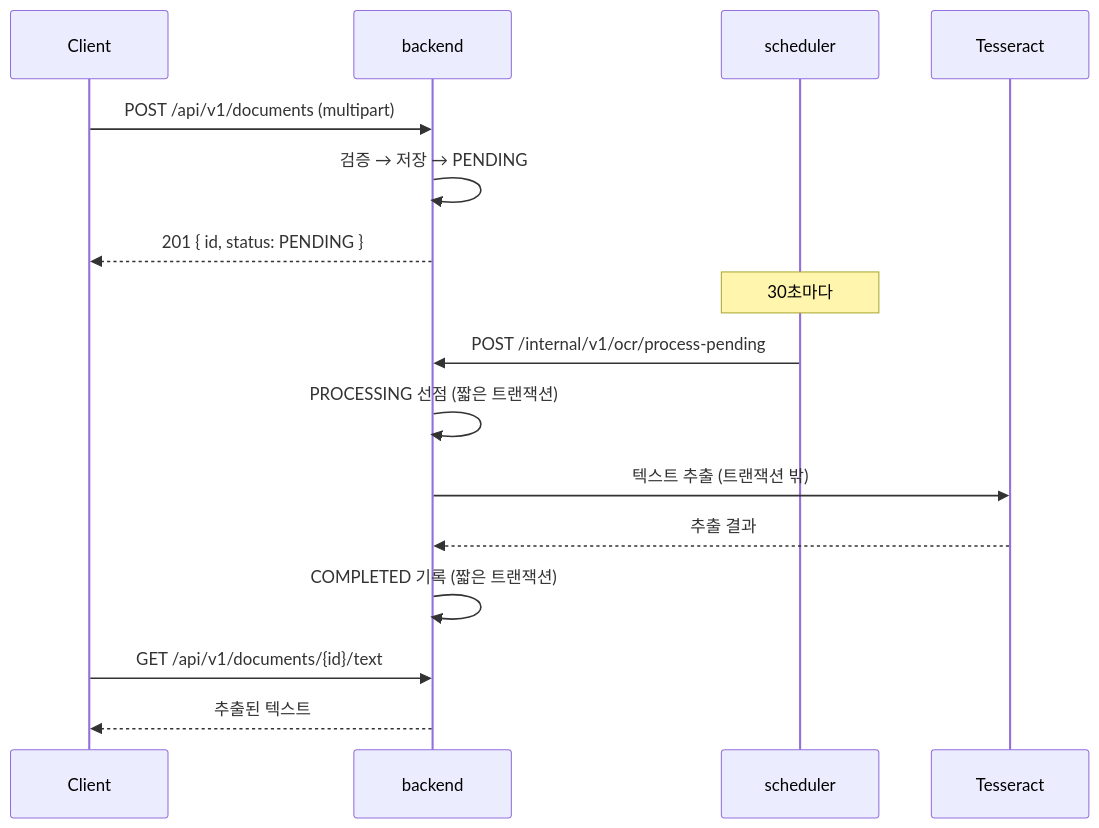
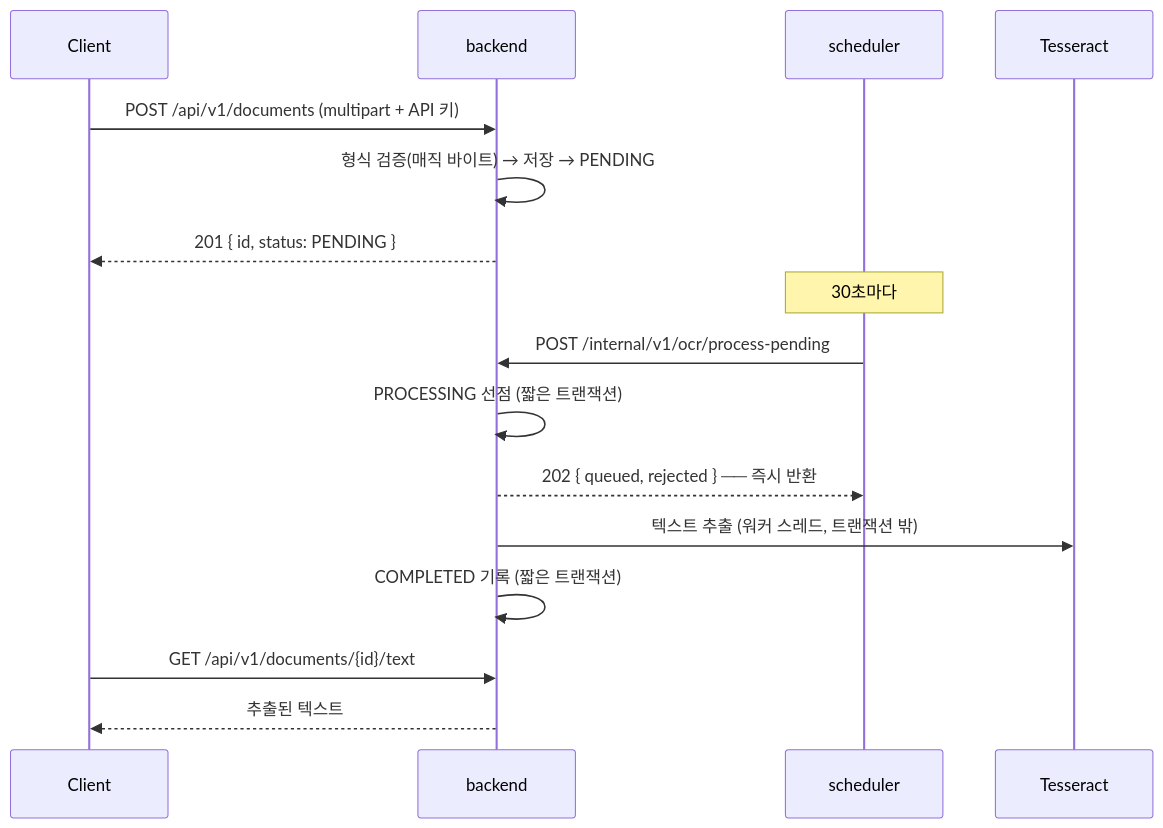
One commit to hyunolike/ai.ocr-automation.system changed the second of 2 diagrams in README.md. Above: the diagram before and after it, drawn with Mermaid. The commit also changed other lines of this file, not shown here.

````diff
--- a/README.md
+++ b/README.md
@@ -48,21 +81,21 @@
 ```mermaid
 sequenceDiagram
     participant C as Client
     participant BE as backend
     participant SCH as scheduler
     participant E as Tesseract
 
-    C->>BE: POST /api/v1/documents (multipart)
-    BE->>BE: 검증 → 저장 → PENDING
+    C->>BE: POST /api/v1/documents (multipart + API 키)
+    BE->>BE: 형식 검증(매직 바이트) → 저장 → PENDING
     BE-->>C: 201 { id, status: PENDING }
 
     Note over SCH: 30초마다
     SCH->>BE: POST /internal/v1/ocr/process-pending
     BE->>BE: PROCESSING 선점 (짧은 트랜잭션)
-    BE->>E: 텍스트 추출 (트랜잭션 밖)
-    E-->>BE: 추출 결과
+    BE-->>SCH: 202 { queued, rejected } ── 즉시 반환
+    BE->>E: 텍스트 추출 (워커 스레드, 트랜잭션 밖)
     BE->>BE: COMPLETED 기록 (짧은 트랜잭션)
 
     C->>BE: GET /api/v1/documents/{id}/text
     BE-->>C: 추출된 텍스트
 ```
````
